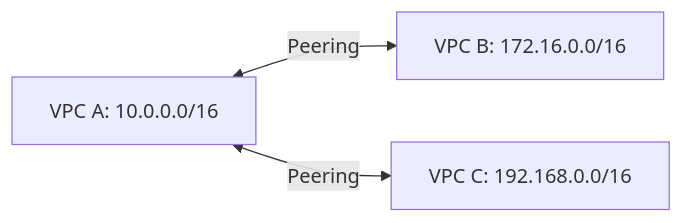
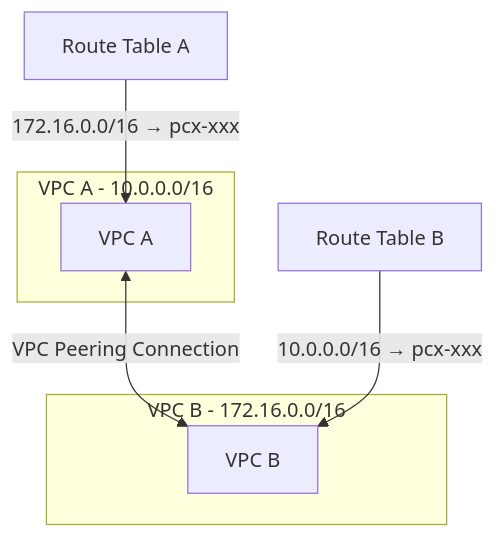
One commit to vanos001/placement_prep changed the sixth of 10 diagrams in src/cloud/aws/vpc.md. Above: the diagram before and after it, drawn with Mermaid. The commit also changed other lines of this file and 24 other files, not shown here.

````diff
--- a/src/cloud/aws/vpc.md
+++ b/src/cloud/aws/vpc.md
@@ -150,5 +211,15 @@
 ```mermaid
-graph LR
-    VPC_A[VPC A: 10.0.0.0/16] <-->|Peering| VPC_B[VPC B: 172.16.0.0/16]
-    VPC_A <-->|Peering| VPC_C[VPC C: 192.168.0.0/16]
+graph TB
+    subgraph "VPC A - 10.0.0.0/16"
+        VPC_A[VPC A]
+    end
+
+    subgraph "VPC B - 172.16.0.0/16"
+        VPC_B[VPC B]
+    end
+
+    VPC_A <--> |VPC Peering Connection| VPC_B
+
+    RT_A[Route Table A] --> |172.16.0.0/16 → pcx-xxx| VPC_A
+    RT_B[Route Table B] --> |10.0.0.0/16 → pcx-xxx| VPC_B
 ```
````
